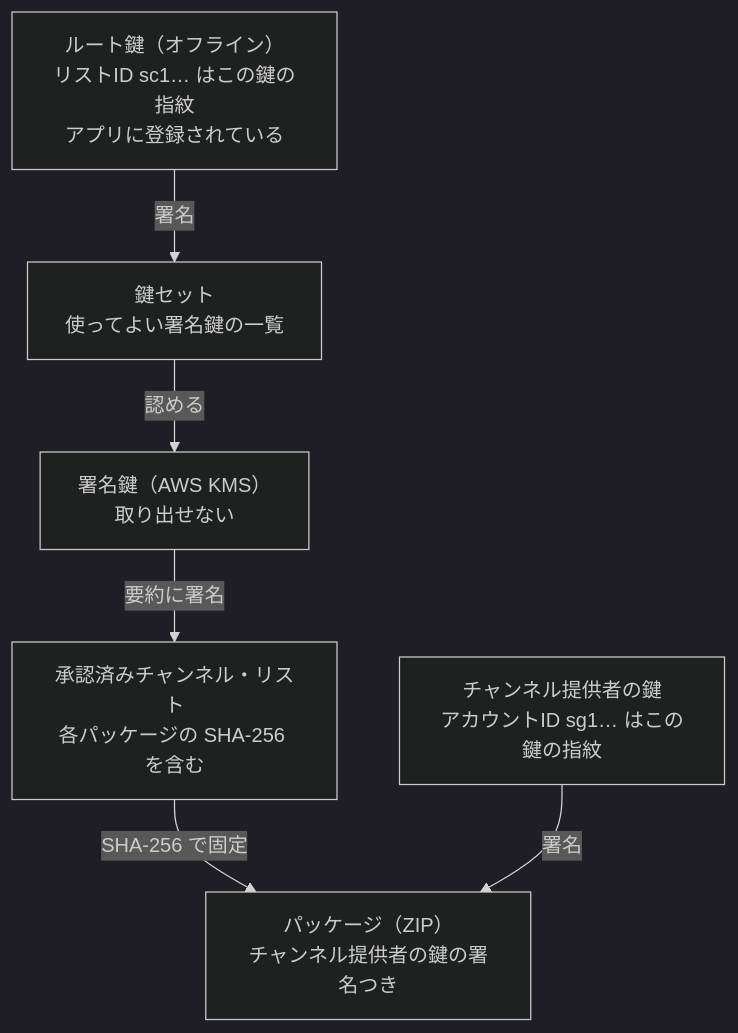
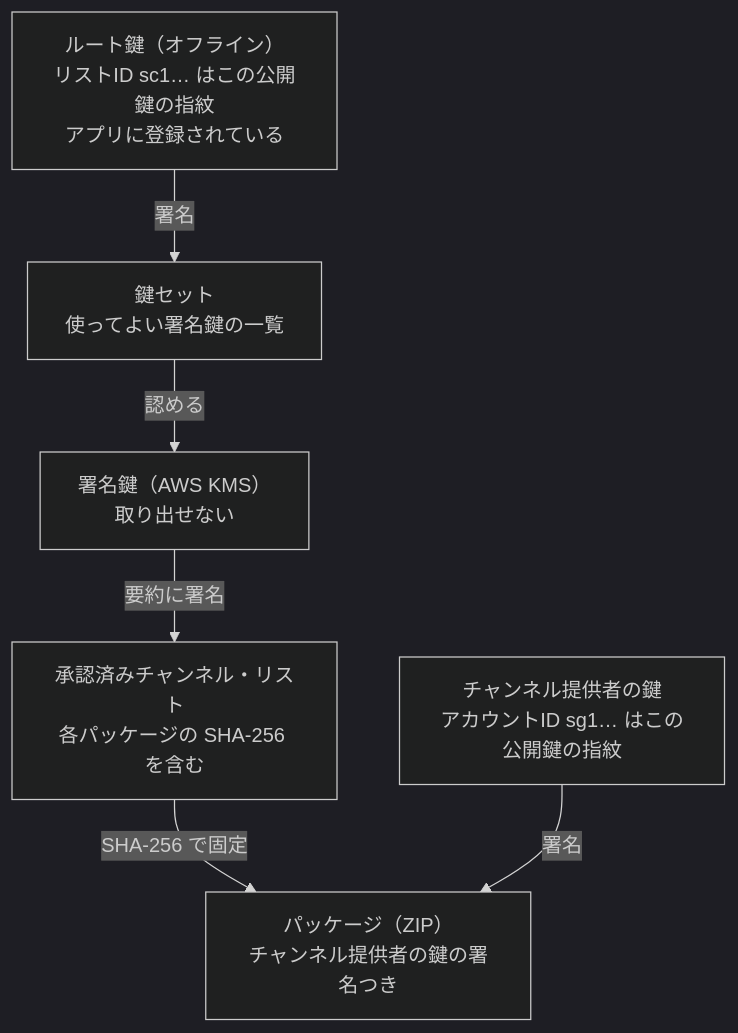
One commit to duwenji/yorisoi-console changed the first of 5 diagrams in docs/guide/concepts.md. Above: the diagram before and after it, drawn with Mermaid (dark theme). The commit also changed 2 other files, not shown here.

Commit message:
docs: 署名は秘密鍵・指紋は公開鍵と書き分け、移し替えた古い鍵の扱いを明記

````diff
--- a/docs/guide/concepts.md
+++ b/docs/guide/concepts.md
@@ -11,14 +11,14 @@
 ```mermaid
 flowchart TB
-    R["ルート鍵（オフライン）<br/>リストID sc1… はこの鍵の指紋<br/>アプリに登録されている"]
+    R["ルート鍵（オフライン）<br/>リストID sc1… はこの公開鍵の指紋<br/>アプリに登録されている"]
     K["鍵セット<br/>使ってよい署名鍵の一覧"]
     S["署名鍵（AWS KMS）<br/>取り出せない"]
     L["承認済みチャンネル・リスト<br/>各パッケージの SHA-256 を含む"]
     P["パッケージ（ZIP）<br/>チャンネル提供者の鍵の署名つき"]
-    PK["チャンネル提供者の鍵<br/>アカウントID sg1… はこの鍵の指紋"]
+    PK["チャンネル提供者の鍵<br/>アカウントID sg1… はこの公開鍵の指紋"]
     R -- 署名 --> K
     K -- 認める --> S
     S -- 要約に署名 --> L
     L -- SHA-256 で固定 --> P
     PK -- 署名 --> P
 ```
````
